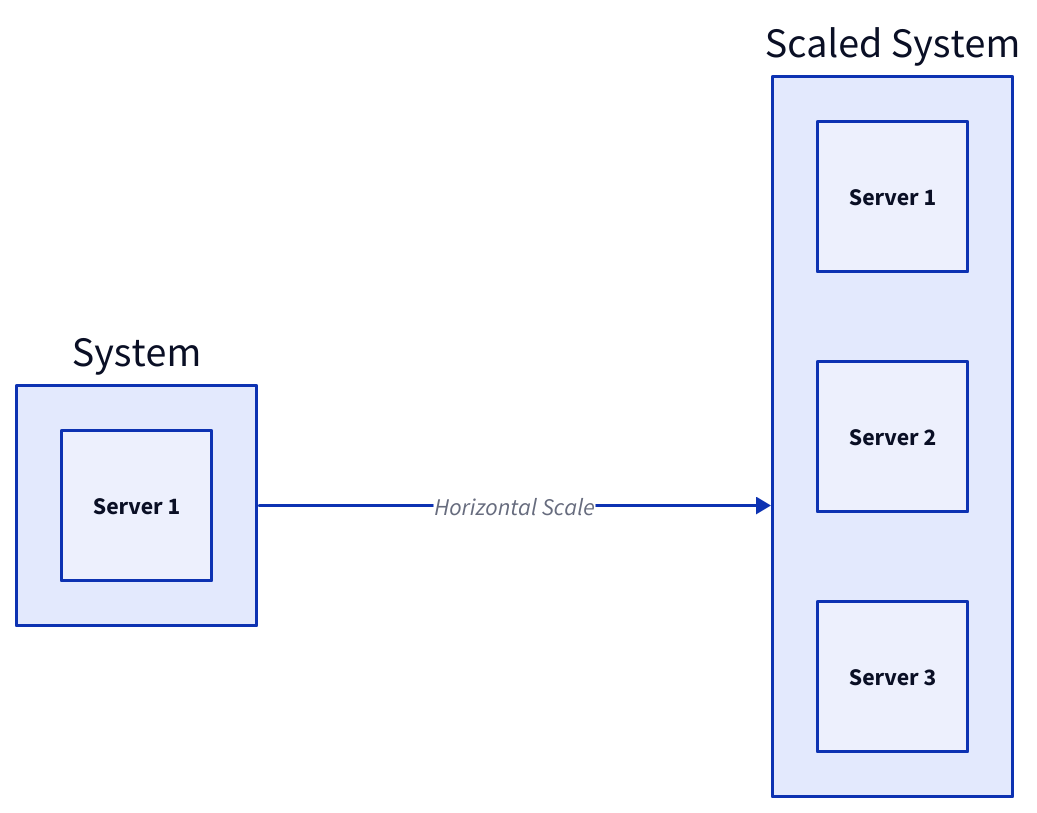
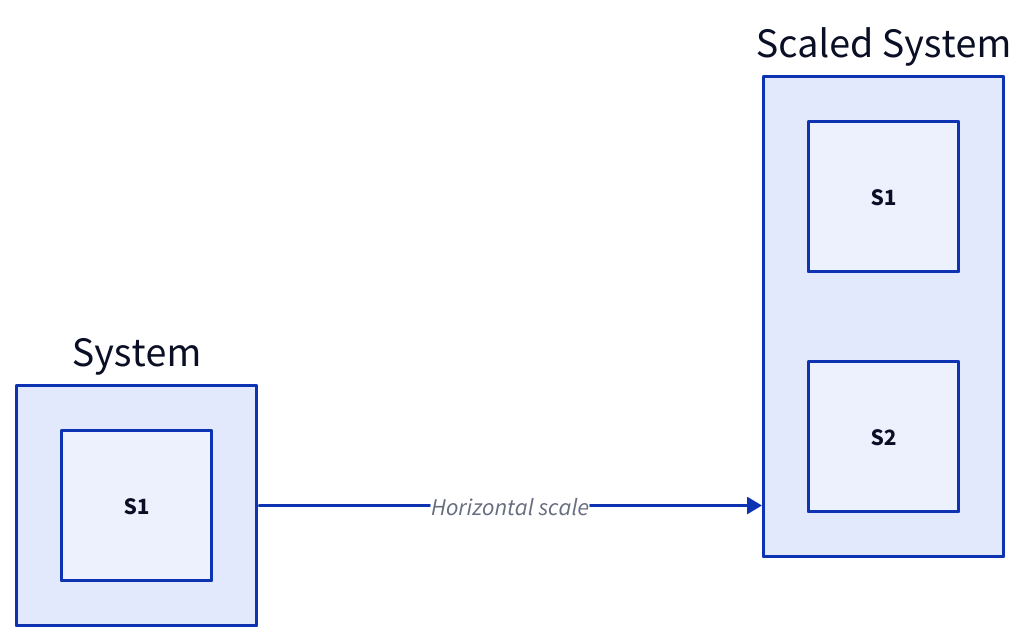
The second of 15 diagrams in content/web-service/microservice.md (link1905/system-design-101), drawn with D2 before and after one commit. The commit also changed other lines of this file and 13 other files, not shown here.

````diff
--- a/content/web-service/microservice.md
+++ b/content/web-service/microservice.md
@@ -58,28 +57,23 @@
 ```d2
 direction: right
 c1: "System" {
-    server1: Server 1 {
+    server1: S1 {
         class: server
         width: 100
         height: 100
     }
 }
 c2: "Scaled System" {
-    server1: Server 1 {
+    server1: S1 {
         class: server
         width: 100
         height: 100
     }
-    server2: Server 2 {
-        class: server
-        width: 100
-        height: 100
-    }
-    server3: Server 3 {
+    server2: S2 {
         class: server
         width: 100
         height: 100
     }
 }
-c1 -> c2: Horizontal Scale
+c1 -> c2: Horizontal scale
 ```
````
